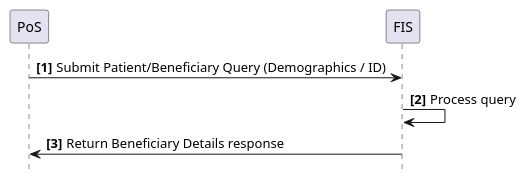
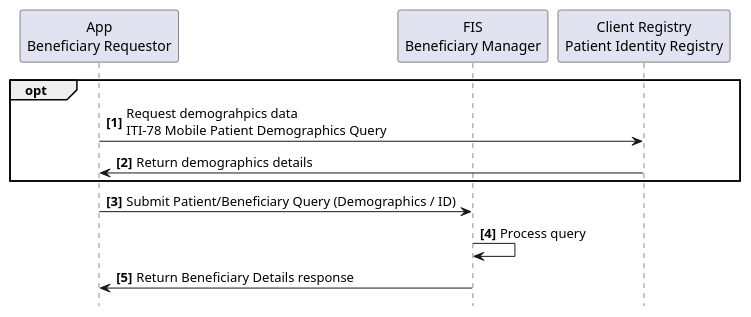
One commit to IHE/ITI.Finance changed the diagram in input/images-source/usecase2-processflow.plantuml. Above: the diagram before and after it, drawn with PlantUML. The commit also changed 4 other files, not shown here.

Commit message:
Fixed some typos and updated diagrams to match updated use case descriptions.

```diff
--- a/input/images-source/usecase2-processflow.plantuml
+++ b/input/images-source/usecase2-processflow.plantuml
@@ -1,16 +1,20 @@
 @startuml
 skinparam svgDimensionStyle false
 hide footbox
 autonumber "<b>[0]"
 
-participant PoS
-participant FIS
+participant "App\nBeneficiary Requestor" as App
+participant "FIS\nBeneficiary Manager" as FIS
+participant "Client Registry\nPatient Identity Registry" as CR
 
 
-PoS->FIS: Submit Patient/Beneficiary Query (Demographics / ID)
+opt
+  App->CR: Request demograhpics data\nITI-78 Mobile Patient Demographics Query
+  CR->App: Return demographics details
+end
 
+App->FIS: Submit Patient/Beneficiary Query (Demographics / ID)
 FIS->FIS: Process query
-
-FIS->PoS: Return Beneficiary Details response
+FIS->App: Return Beneficiary Details response
 
 @enduml
```
